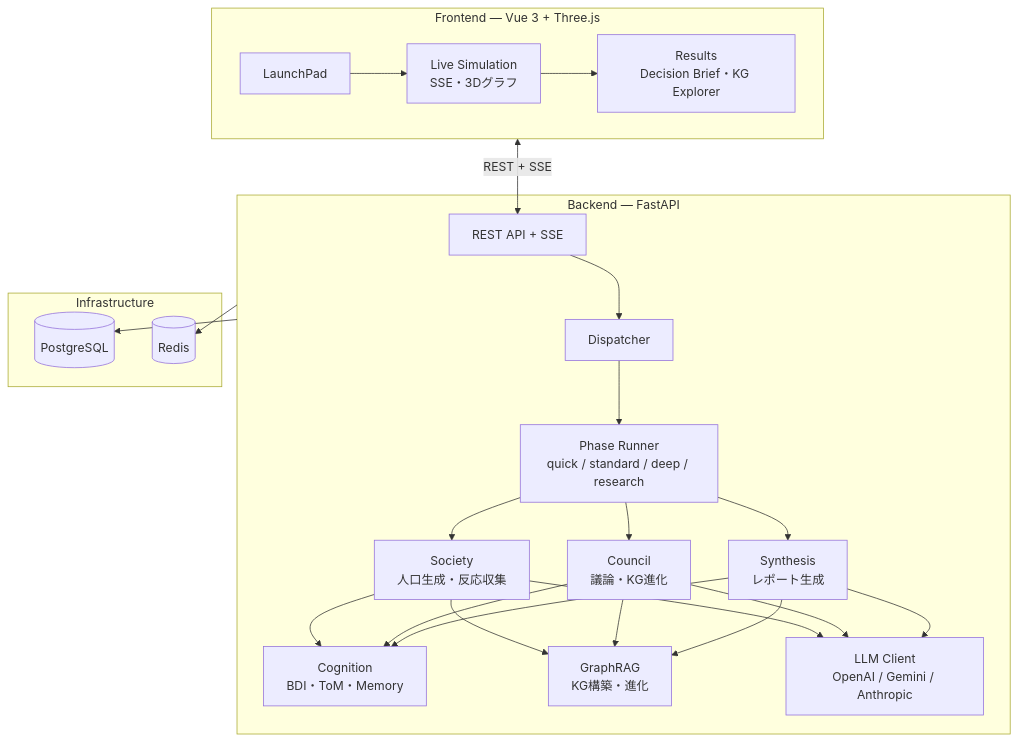
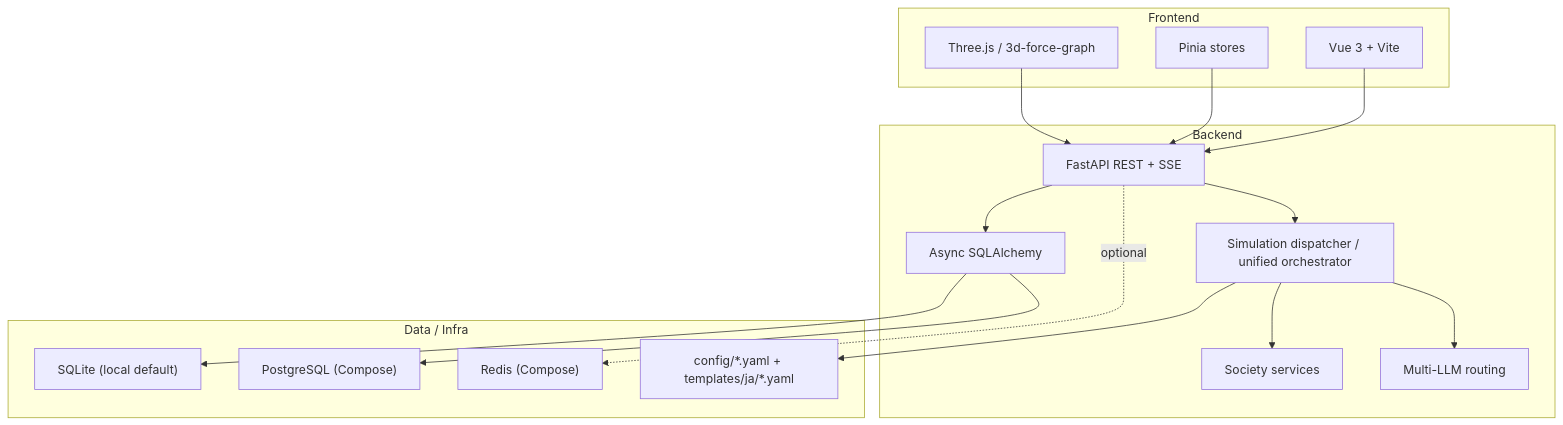
Before and after one commit to usagi917/agoraAI: the diagram in README.md, drawn with Mermaid. The commit also changed other lines of this file and 11 other files, not shown here.

Commit message:
Complete independence re-aggregation observability flow

````diff
--- a/README.md
+++ b/README.md
@@ -48,26 +74,35 @@
 ```mermaid
 flowchart TB
-    subgraph Frontend["Frontend — Vue 3 + Three.js"]
-        LP[LaunchPad] --> SIM[Live Simulation\nSSE・3Dグラフ]
-        SIM --> RES[Results\nDecision Brief・KG Explorer]
+    subgraph Frontend["Frontend"]
+        UI["Vue 3 + Vite"]
+        STORE["Pinia stores"]
+        GRAPH["Three.js / 3d-force-graph"]
     end
 
-    subgraph Backend["Backend — FastAPI"]
-        API[REST API + SSE] --> DISP[Dispatcher]
-        DISP --> PHASE[Phase Runner\nquick / standard / deep / research]
-        PHASE --> SOC[Society\n人口生成・反応収集]
-        PHASE --> COU[Council\n議論・KG進化]
-        PHASE --> SYN[Synthesis\nレポート生成]
-        SOC & COU & SYN --> COG[Cognition\nBDI・ToM・Memory]
-        SOC & COU & SYN --> GRAG[GraphRAG\nKG構築・進化]
-        SOC & COU & SYN --> LLM[LLM Client\nOpenAI / Gemini / Anthropic]
+    subgraph Backend["Backend"]
+        API["FastAPI REST + SSE"]
+        ORCH["Simulation dispatcher / unified orchestrator"]
+        SOC["Society services"]
+        LLM["Multi-LLM routing"]
+        DB["Async SQLAlchemy"]
     end
 
-    subgraph Infra["Infrastructure"]
-        PG[(PostgreSQL)]
-        RD[(Redis)]
+    subgraph Data["Data / Infra"]
+        SQLITE["SQLite (local default)"]
+        POSTGRES["PostgreSQL (Compose)"]
+        REDIS["Redis (Compose)"]
+        CFG["config/*.yaml + templates/ja/*.yaml"]
     end
 
-    Frontend <-->|REST + SSE| API
-    Backend --> PG & RD
+    UI --> API
+    STORE --> API
+    GRAPH --> API
+    API --> ORCH
+    ORCH --> SOC
+    ORCH --> LLM
+    API --> DB
+    DB --> SQLITE
+    DB --> POSTGRES
+    ORCH --> CFG
+    API -. optional .-> REDIS
 ```
````
